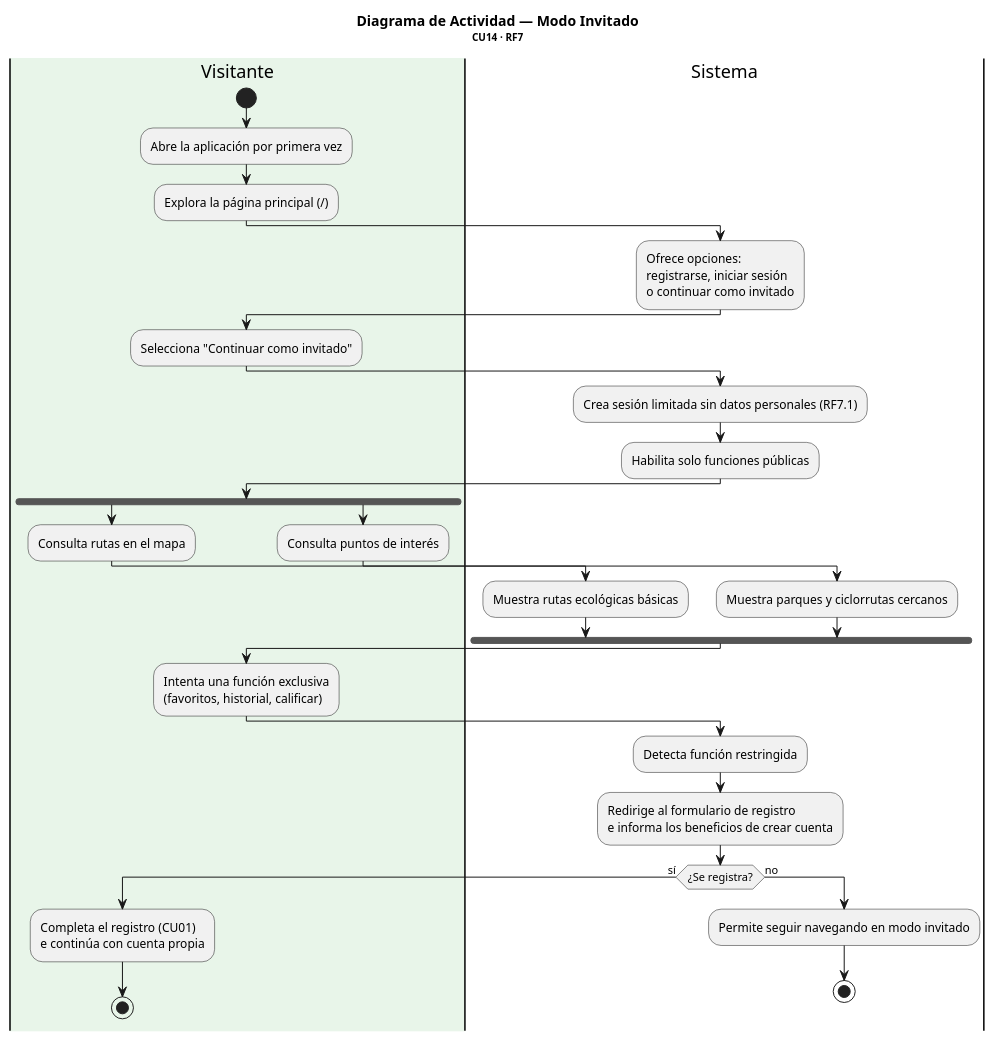
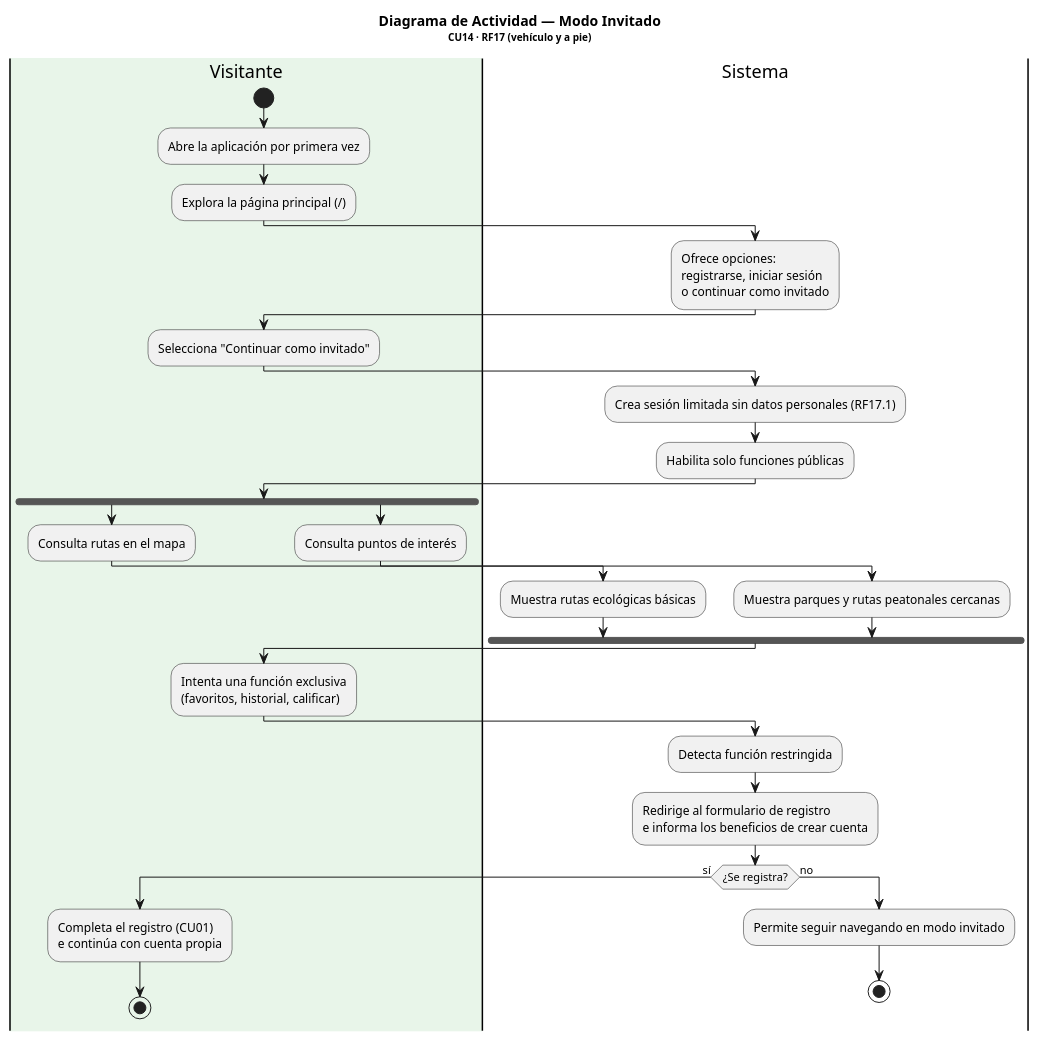
The diagram in documents/diagramas-actividad/actividad_modo_invitado.puml (daniel2004-lsd/EcoRuteando), drawn with PlantUML before and after one commit. The commit also changed 64 other files, not shown here.

```diff
--- a/documents/diagramas-actividad/actividad_modo_invitado.puml
+++ b/documents/diagramas-actividad/actividad_modo_invitado.puml
@@ -1,48 +1,48 @@
 @startuml Actividad_ModoInvitado
-title <b>Diagrama de Actividad — Modo Invitado</b>\n<size:10>CU14 · RF7</size>
+title <b>Diagrama de Actividad — Modo Invitado</b>\n<size:10>CU14 · RF17 (vehículo y a pie)</size>
 
 |#E8F5E9|Visitante|
 start
 :Abre la aplicación por primera vez;
 :Explora la página principal (/);
 
 |#FFFFFF|Sistema|
 :Ofrece opciones:\nregistrarse, iniciar sesión\no continuar como invitado;
 
 |Visitante|
 :Selecciona "Continuar como invitado";
 
 |Sistema|
-:Crea sesión limitada sin datos personales (RF7.1);
+:Crea sesión limitada sin datos personales (RF17.1);
 :Habilita solo funciones públicas;
 
 |Visitante|
 fork
   :Consulta rutas en el mapa;
   |Sistema|
   :Muestra rutas ecológicas básicas;
 fork again
   |Visitante|
   :Consulta puntos de interés;
   |Sistema|
-  :Muestra parques y ciclorrutas cercanos;
+   :Muestra parques y rutas peatonales cercanas;
 end fork
 
 |Visitante|
 :Intenta una función exclusiva\n(favoritos, historial, calificar);
 
 |Sistema|
 :Detecta función restringida;
 :Redirige al formulario de registro\ne informa los beneficios de crear cuenta;
 
 if (¿Se registra?) then (sí)
   |Visitante|
   :Completa el registro (CU01)\ne continúa con cuenta propia;
   stop
 else (no)
   |Sistema|
   :Permite seguir navegando en modo invitado;
   stop
 endif
 
 @enduml
```
